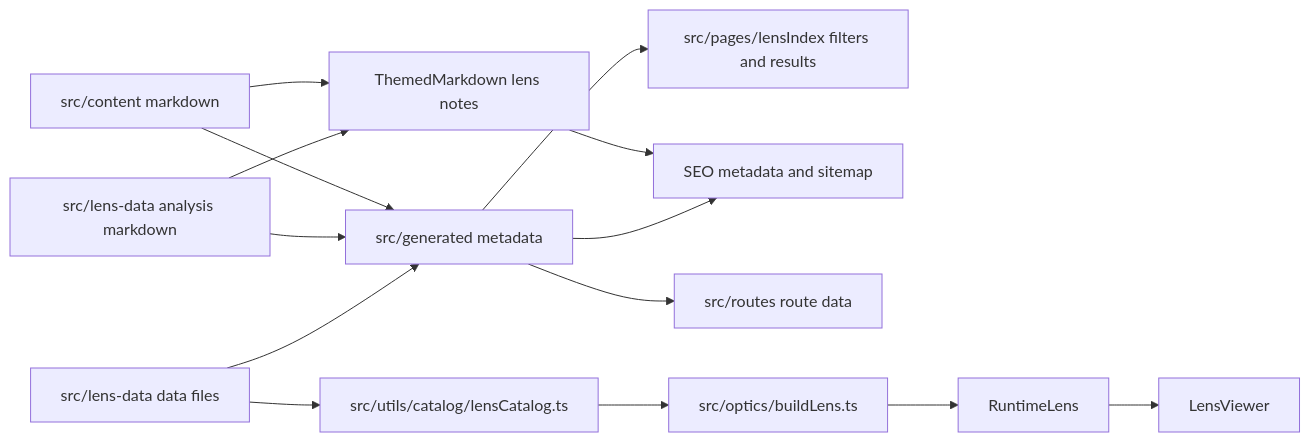
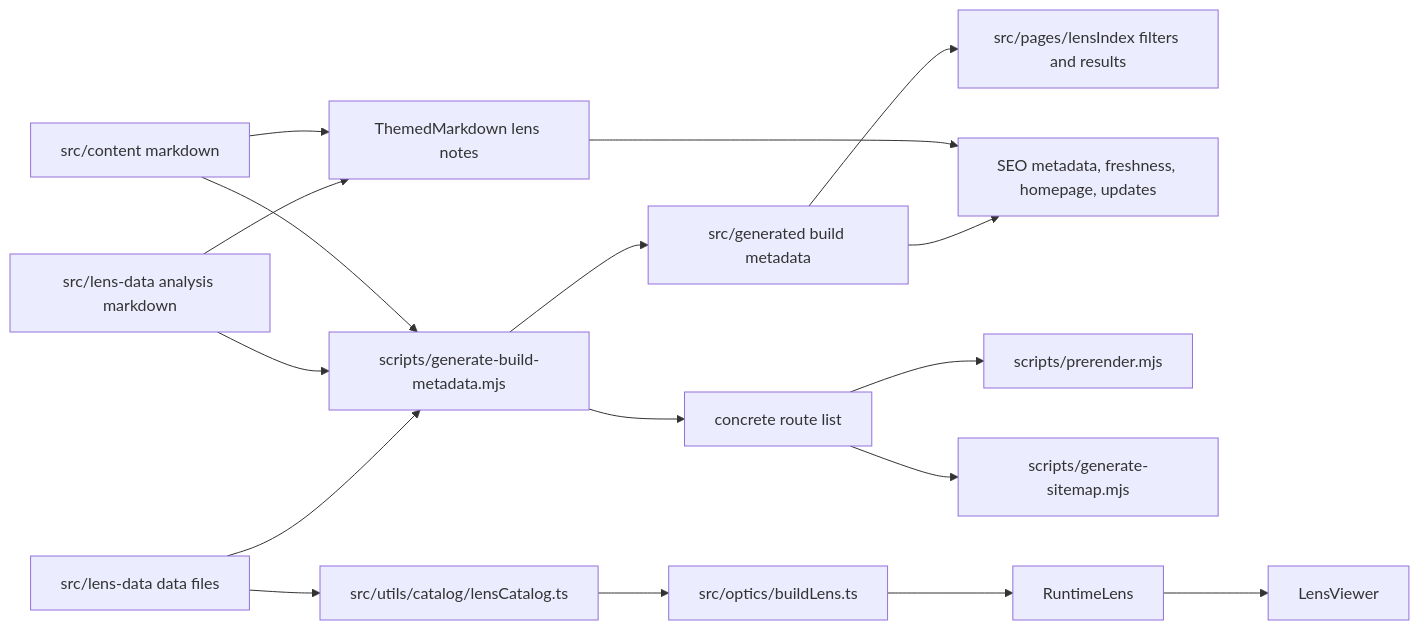
One commit to ronbuening/LensVisualizer changed the sixth of 6 diagrams in agent_docs/architecture/program-flow.md. Above: the diagram before and after it, drawn with Mermaid. The commit also changed other lines of this file and 5 other files, not shown here.

Commit message:
docs: refresh architecture documentation

````diff
--- a/agent_docs/architecture/program-flow.md
+++ b/agent_docs/architecture/program-flow.md
@@ -187,18 +234,21 @@
 ```mermaid
 flowchart LR
   LensFiles[src/lens-data data files] --> Catalog[src/utils/catalog/lensCatalog.ts]
-  LensFiles --> Generated[src/generated metadata]
-  AnalysisFiles[src/lens-data analysis markdown] --> Generated
-  Articles[src/content markdown] --> Generated
+  LensFiles --> Metadata[scripts/generate-build-metadata.mjs]
+  AnalysisFiles[src/lens-data analysis markdown] --> Metadata
+  Articles[src/content markdown] --> Metadata
+  Metadata --> Generated[src/generated build metadata]
+  Metadata --> Routes[concrete route list]
 
   Generated --> LensIndex[src/pages/lensIndex filters and results]
-  Generated --> SEO[SEO metadata and sitemap]
-  Generated --> Routes[src/routes route data]
+  Generated --> SEO[SEO metadata, freshness, homepage, updates]
+  Routes --> Prerender[scripts/prerender.mjs]
+  Routes --> Sitemap[scripts/generate-sitemap.mjs]
 
   Catalog --> BuildLens[src/optics/buildLens.ts]
   BuildLens --> Runtime[RuntimeLens]
   Runtime --> Viewer[LensViewer]
   AnalysisFiles --> Markdown[ThemedMarkdown lens notes]
   Articles --> Markdown
   Markdown --> SEO
 ```
````
